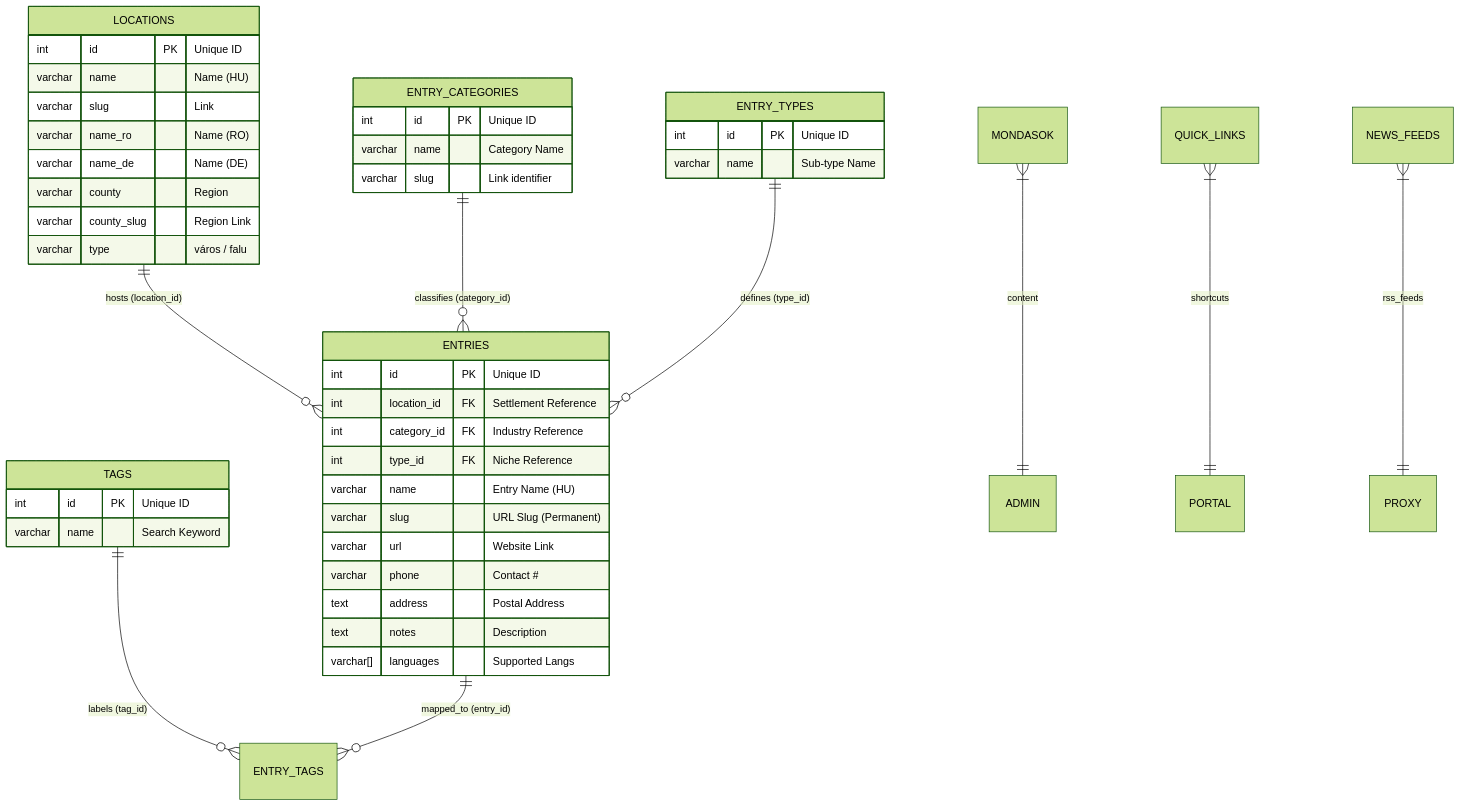
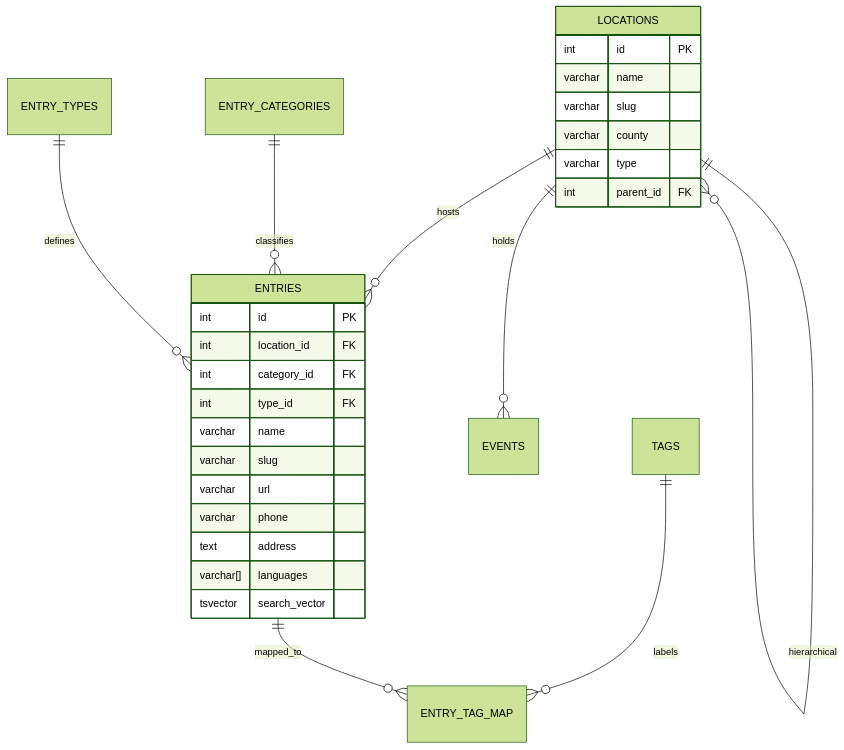
One commit to waaab/lamsza changed the diagram in architecture_overview.md. Above: the diagram before and after it, drawn with Mermaid (forest theme). The commit also changed other lines of this file and 227 other files, not shown here.

Commit message:
refactoring entries, architectural changes

````diff
--- a/architecture_overview.md
+++ b/architecture_overview.md
@@ -17,57 +17,36 @@
 ```mermaid
 erDiagram
-    %% Core Entities - Linked by IDs
-    LOCATIONS ||--o{ ENTRIES : "hosts (location_id)"
-    ENTRY_CATEGORIES ||--o{ ENTRIES : "classifies (category_id)"
-    ENTRY_TYPES ||--o{ ENTRIES : "defines (type_id)"
+    %% Core Directory
+    LOCATIONS ||--o{ ENTRIES : "hosts"
+    LOCATIONS ||--o{ EVENTS : "holds"
+    LOCATIONS ||--o{ LOCATIONS : "hierarchical"
+    ENTRY_CATEGORIES ||--o{ ENTRIES : "classifies"
+    ENTRY_TYPES ||--o{ ENTRIES : "defines"
     
     %% Tagging Logic
-    TAGS ||--o{ ENTRY_TAGS : "labels (tag_id)"
-    ENTRIES ||--o{ ENTRY_TAGS : "mapped_to (entry_id)"
-    
-    %% Portal Support
-    MONDASOK }|--|| ADMIN : "content"
-    QUICK_LINKS }|--|| PORTAL : "shortcuts"
-    NEWS_FEEDS }|--|| PROXY : "rss_feeds"
+    TAGS ||--o{ ENTRY_TAG_MAP : "labels"
+    ENTRIES ||--o{ ENTRY_TAG_MAP : "mapped_to"
 
     ENTRIES {
-        int id PK "Unique ID"
-        int location_id FK "Settlement Reference"
-        int category_id FK "Industry Reference"
-        int type_id FK "Niche Reference"
-        varchar name "Entry Name (HU)"
-        varchar slug "URL Slug (Permanent)"
-        varchar url "Website Link"
-        varchar phone "Contact #"
-        text address "Postal Address"
-        text notes "Description"
-        varchar[] languages "Supported Langs"
+        int id PK
+        int location_id FK
+        int category_id FK
+        int type_id FK
+        varchar name
+        varchar slug
+        varchar url
+        varchar phone
+        text address
+        varchar[] languages
+        tsvector search_vector
     }
 
     LOCATIONS {
-        int id PK "Unique ID"
-        varchar name "Name (HU)"
-        varchar slug "Link"
-        varchar name_ro "Name (RO)"
-        varchar name_de "Name (DE)"
-        varchar county "Region"
-        varchar county_slug "Region Link"
-        varchar type "város / falu"
-    }
-
-    ENTRY_CATEGORIES {
-        int id PK "Unique ID"
-        varchar name "Category Name"
-        varchar slug "Link identifier"
-    }
-
-    ENTRY_TYPES {
-        int id PK "Unique ID"
-        varchar name "Sub-type Name"
-    }
-
-    TAGS {
-        int id PK "Unique ID"
-        varchar name "Search Keyword"
+        int id PK
+        varchar name
+        varchar slug
+        varchar county
+        varchar type
+        int parent_id FK
     }
 ```
````
